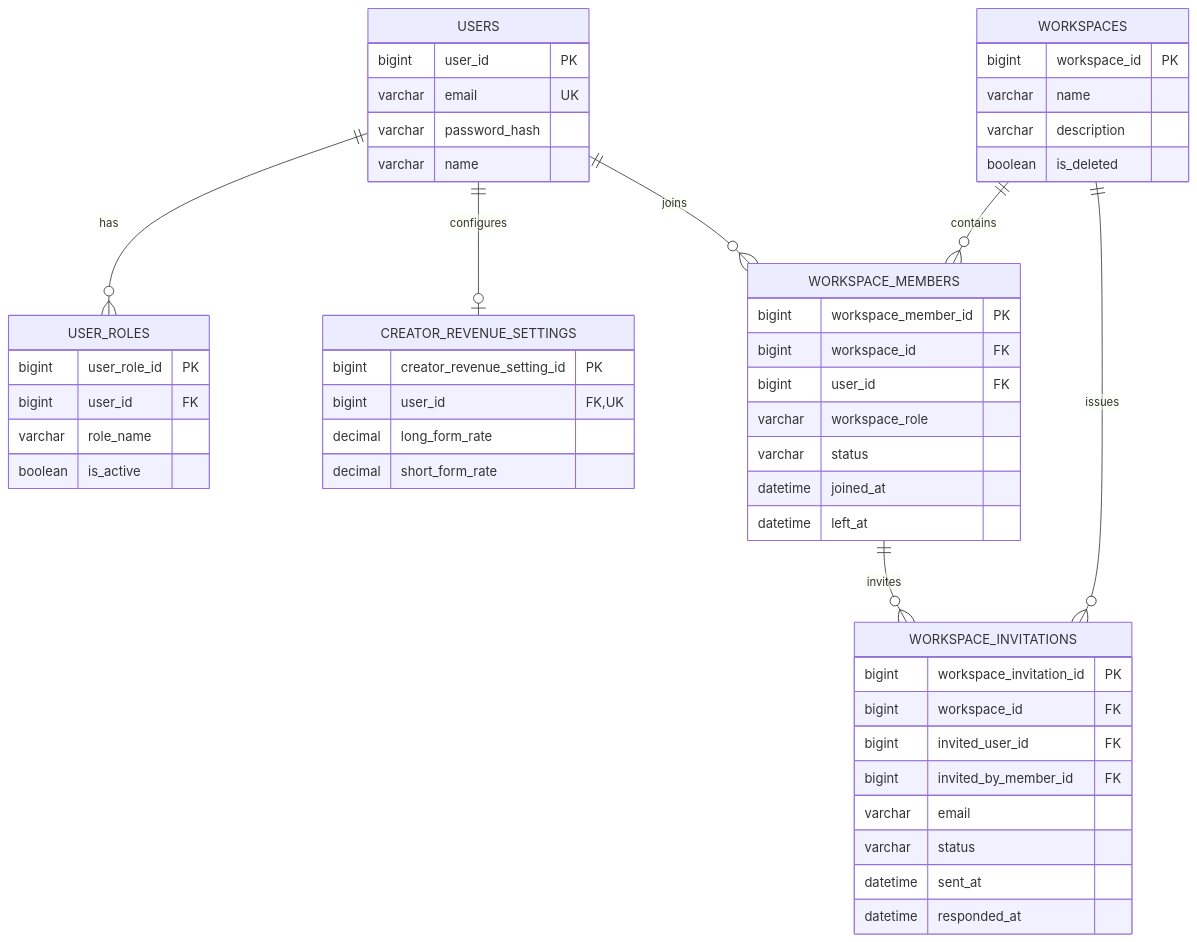
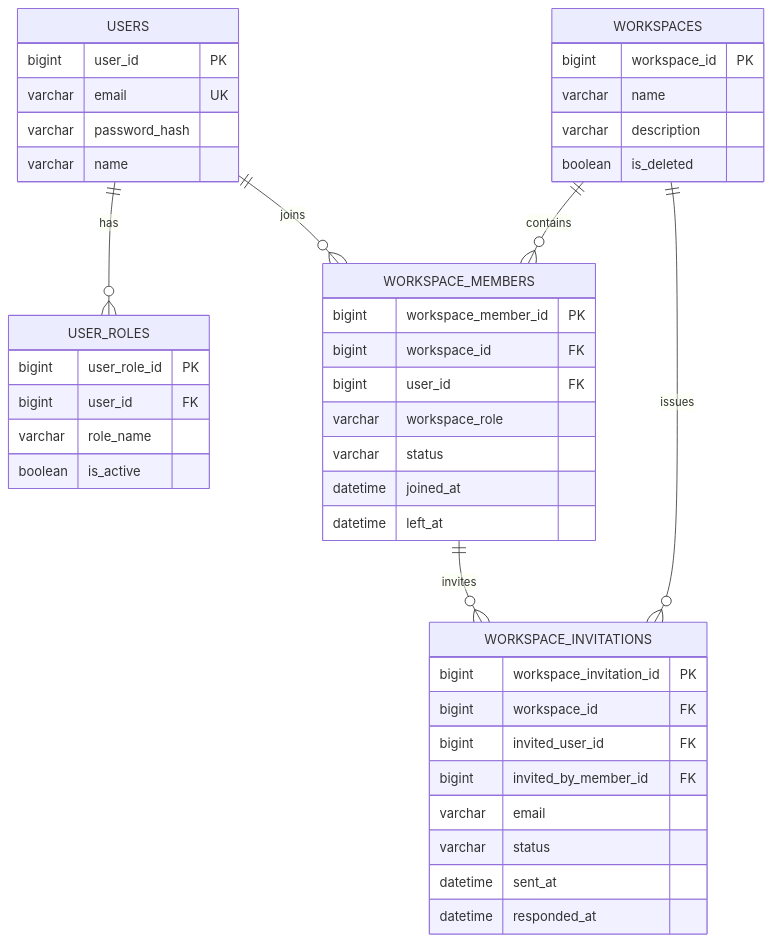
One commit to heebaek200/yms-project changed the second of 6 diagrams in docs/design/데이터베이스 설계 및 ERD.md. Above: the diagram before and after it, drawn with Mermaid. The commit also changed other lines of this file and 8 other files, not shown here.

````diff
--- a/docs/design/데이터베이스 설계 및 ERD.md
+++ b/docs/design/데이터베이스 설계 및 ERD.md
@@ -806,58 +811,50 @@
 ```mermaid
 erDiagram
     USERS {
         bigint user_id PK
         varchar email UK
         varchar password_hash
         varchar name
     }
 
     USER_ROLES {
         bigint user_role_id PK
         bigint user_id FK
         varchar role_name
         boolean is_active
-    }
-
-    CREATOR_REVENUE_SETTINGS {
-        bigint creator_revenue_setting_id PK
-        bigint user_id FK,UK
-        decimal long_form_rate
-        decimal short_form_rate
     }
 
     WORKSPACES {
         bigint workspace_id PK
         varchar name
         varchar description
         boolean is_deleted
     }
 
     WORKSPACE_MEMBERS {
         bigint workspace_member_id PK
         bigint workspace_id FK
         bigint user_id FK
         varchar workspace_role
         varchar status
         datetime joined_at
         datetime left_at
     }
 
     WORKSPACE_INVITATIONS {
         bigint workspace_invitation_id PK
         bigint workspace_id FK
         bigint invited_user_id FK
         bigint invited_by_member_id FK
         varchar email
         varchar status
         datetime sent_at
         datetime responded_at
     }
 
     USERS ||--o{ USER_ROLES : has
-    USERS ||--o| CREATOR_REVENUE_SETTINGS : configures
     USERS ||--o{ WORKSPACE_MEMBERS : joins
     WORKSPACES ||--o{ WORKSPACE_MEMBERS : contains
     WORKSPACES ||--o{ WORKSPACE_INVITATIONS : issues
     WORKSPACE_MEMBERS ||--o{ WORKSPACE_INVITATIONS : invites
 ```
````
